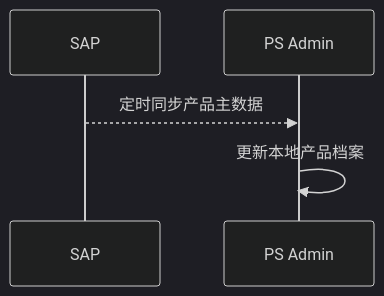
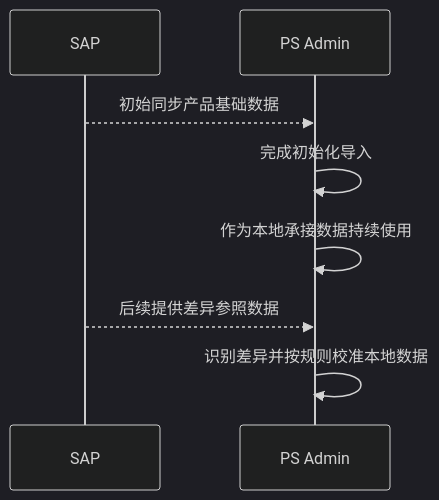
Diagram 14 of 33 in 文档/GM系统需求说明.md (guguohai/gmps), drawn with Mermaid (dark theme) before and after one commit. The commit also changed other lines of this file and 2 other files, not shown here.

````diff
--- a/文档/GM系统需求说明.md
+++ b/文档/GM系统需求说明.md
@@ -886,8 +1010,11 @@
 ```mermaid
 sequenceDiagram
     participant SAP as SAP
     participant PS as PS Admin
 
-    SAP-->>PS: 定时同步产品主数据
-    PS->>PS: 更新本地产品档案
+    SAP-->>PS: 初始同步产品基础数据
+    PS->>PS: 完成初始化导入
+    PS->>PS: 作为本地承接数据持续使用
+    SAP-->>PS: 后续提供差异参照数据
+    PS->>PS: 识别差异并按规则校准本地数据
 ```
````
